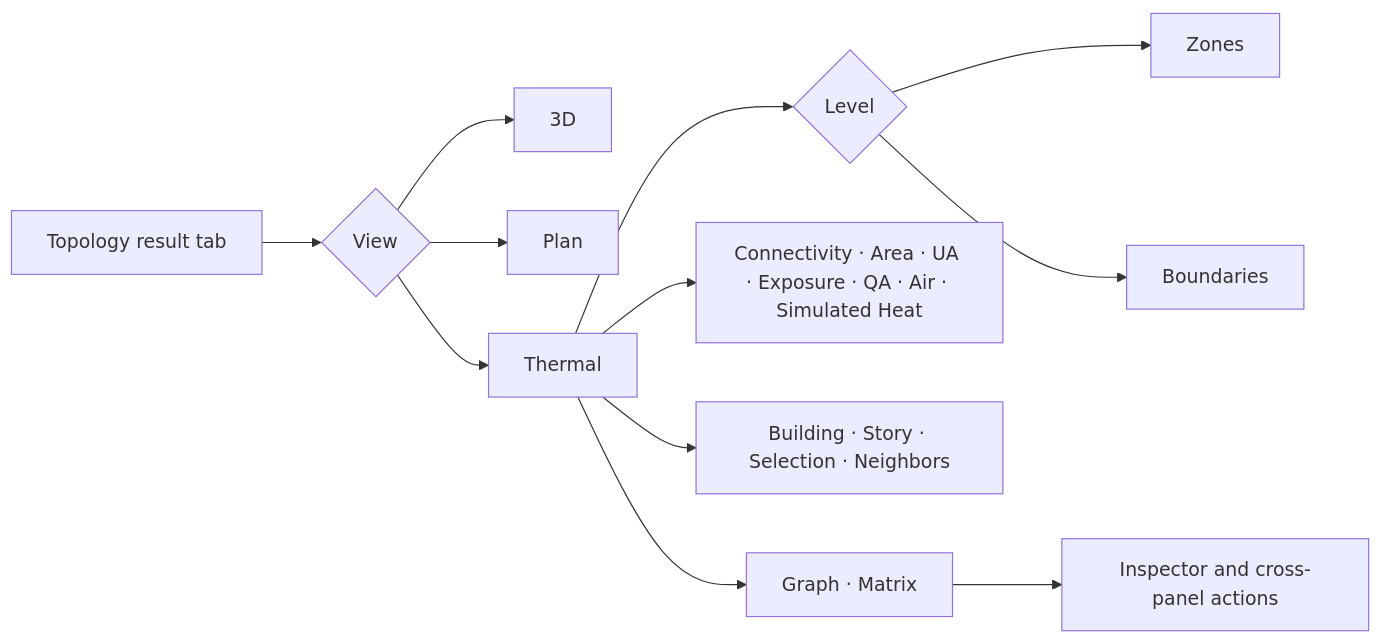
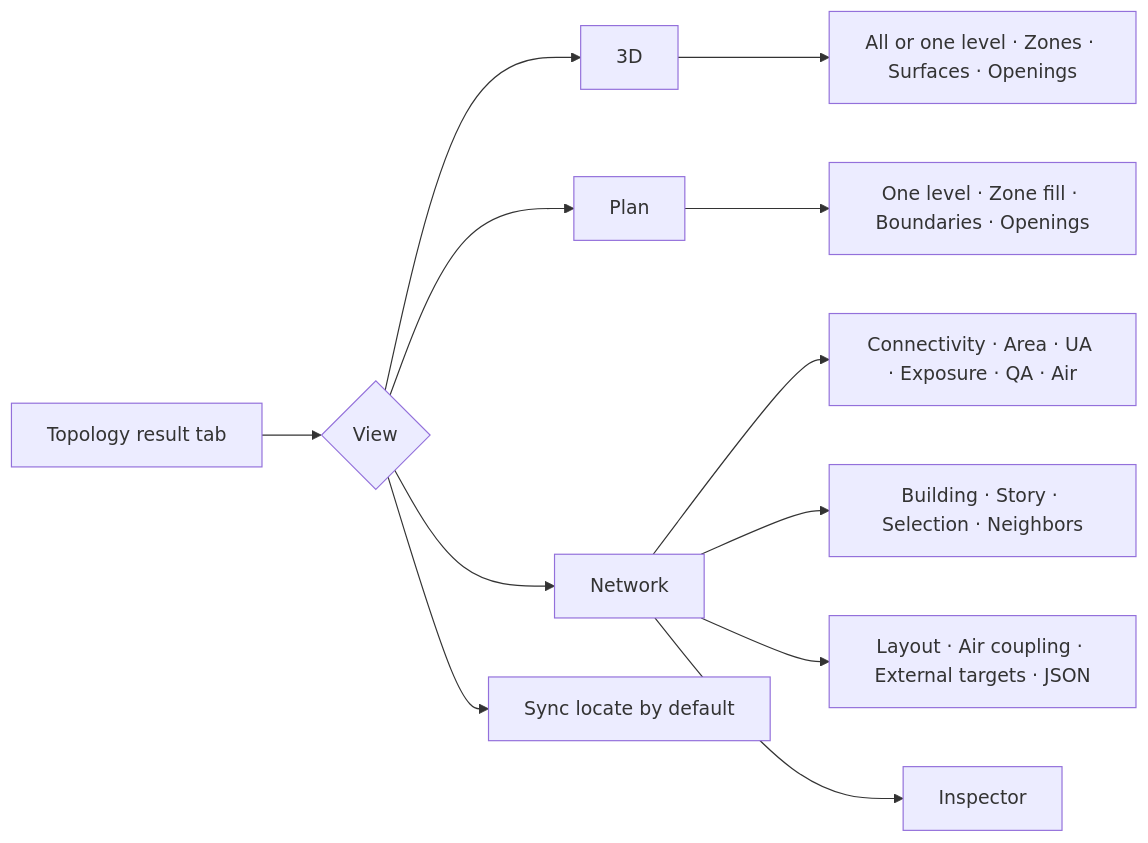
Before and after one commit to Gonie-Gonie/semantic-idf: the diagram in docs/topology-view.md, drawn with Mermaid. The commit also changed other lines of this file and 69 other files, not shown here.

````diff
--- a/docs/topology-view.md
+++ b/docs/topology-view.md
@@ -11,14 +11,14 @@
 ```mermaid
 flowchart LR
   T[Topology result tab] --> V{View}
   V --> D[3D]
   V --> P[Plan]
-  V --> H[Thermal]
-  H --> L{Level}
-  L --> Z[Zones]
-  L --> B[Boundaries]
-  H --> M[Connectivity · Area · UA · Exposure · QA · Air · Simulated Heat]
-  H --> S[Building · Story · Selection · Neighbors]
-  H --> R[Graph · Matrix]
-  R --> I[Inspector and cross-panel actions]
+  V --> N[Network]
+  V --> C[Sync locate by default]
+  D --> DL[All or one level · Zones · Surfaces · Openings]
+  P --> PL[One level · Zone fill · Boundaries · Openings]
+  N --> M[Connectivity · Area · UA · Exposure · QA · Air]
+  N --> S[Building · Story · Selection · Neighbors]
+  N --> A[Layout · Air coupling · External targets · JSON]
+  N --> I[Inspector]
 ```
````
